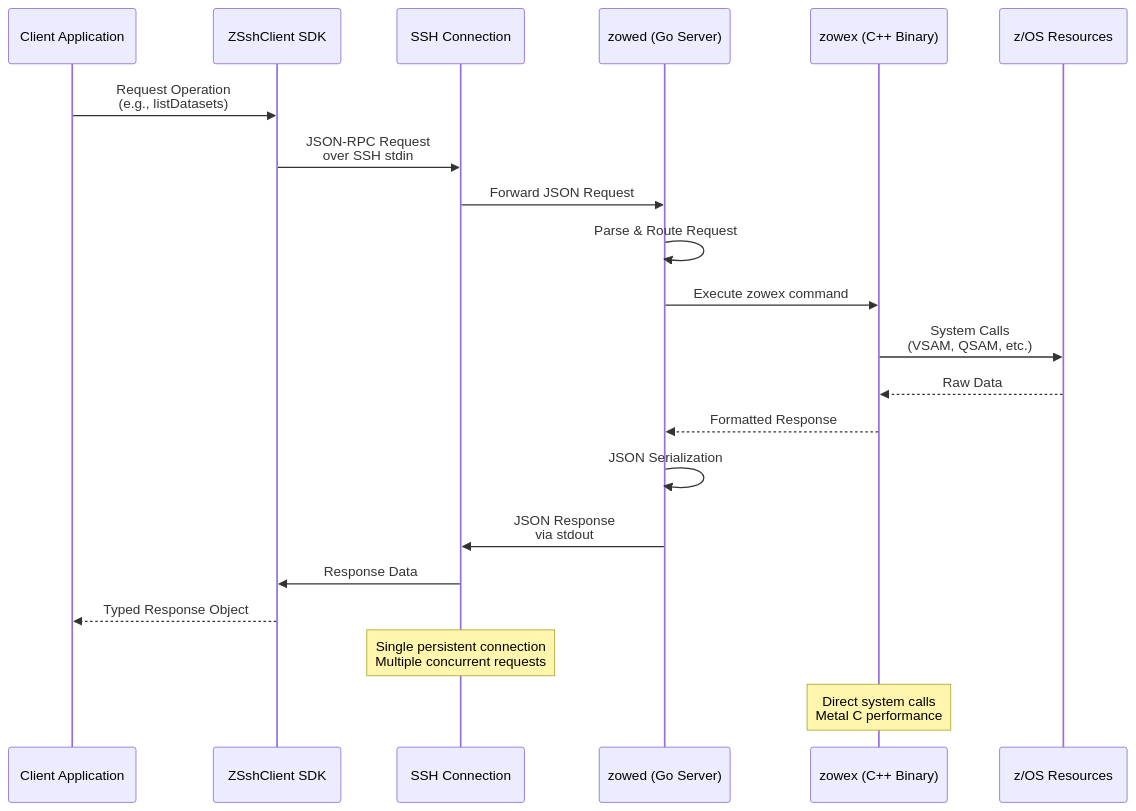
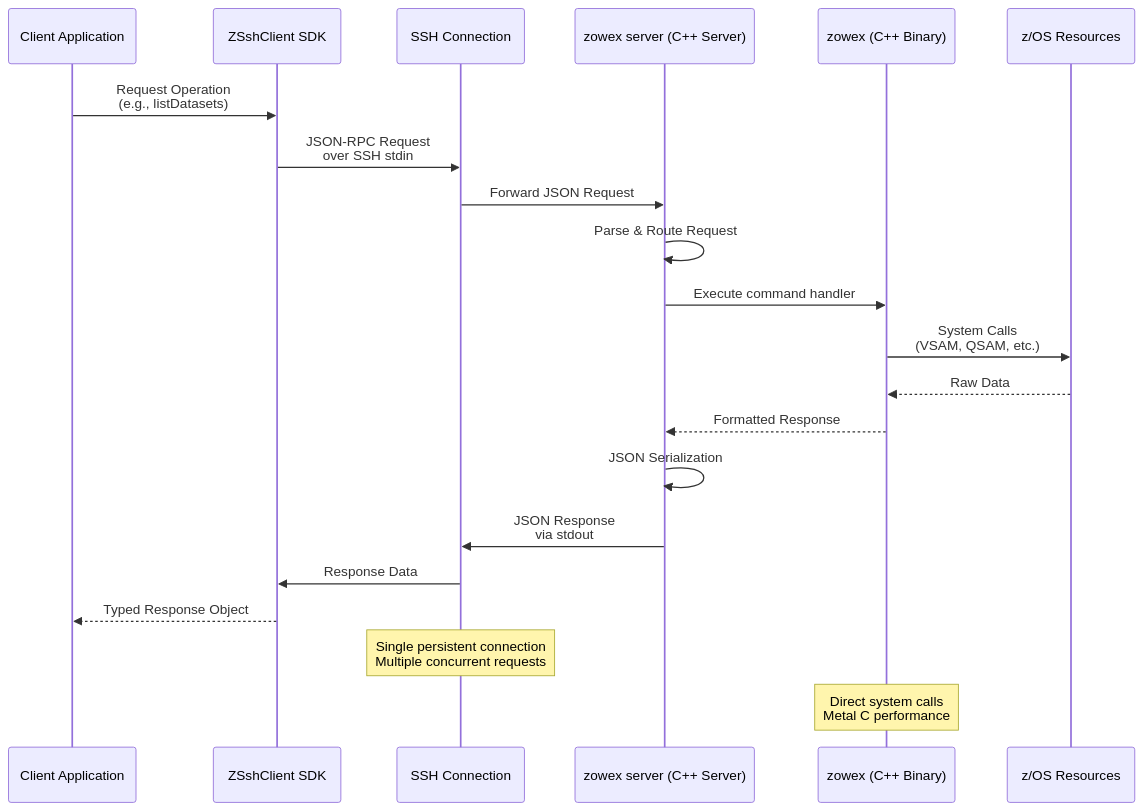
One commit to zowe/zowe-native-proto changed the third of 13 diagrams in doc/architecture-comparisons.md. Above: the diagram before and after it, drawn with Mermaid. The commit also changed other lines of this file and 10 other files, not shown here.

````diff
--- a/doc/architecture-comparisons.md
+++ b/doc/architecture-comparisons.md
@@ -121,25 +121,25 @@
 ```mermaid
 sequenceDiagram
     participant Client as Client Application
     participant SDK as ZSshClient SDK
     participant SSH as SSH Connection
-    participant IOServer as zowed (Go Server)
+    participant IOServer as zowex server (C++ Server)
     participant Backend as zowex (C++ Binary)
     participant ZOS as z/OS Resources
 
     Client->>SDK: Request Operation<br/>(e.g., listDatasets)
     SDK->>SSH: JSON-RPC Request<br/>over SSH stdin
     SSH->>IOServer: Forward JSON Request
     IOServer->>IOServer: Parse & Route Request
-    IOServer->>Backend: Execute zowex command
+    IOServer->>Backend: Execute command handler
     Backend->>ZOS: System Calls<br/>(VSAM, QSAM, etc.)
     ZOS-->>Backend: Raw Data
     Backend-->>IOServer: Formatted Response
     IOServer->>IOServer: JSON Serialization
     IOServer->>SSH: JSON Response<br/>via stdout
     SSH->>SDK: Response Data
     SDK-->>Client: Typed Response Object
 
     Note over SSH: Single persistent connection<br/>Multiple concurrent requests
     Note over Backend: Direct system calls<br/>Metal C performance
 ```
````
